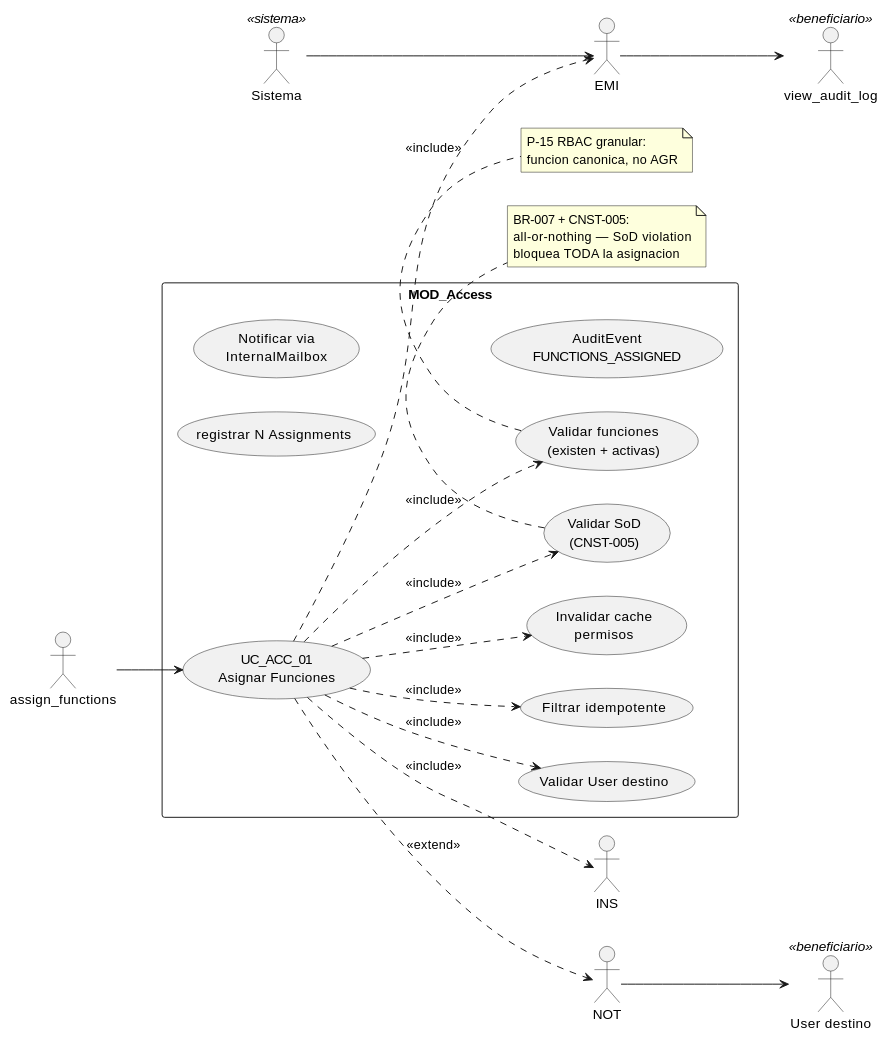
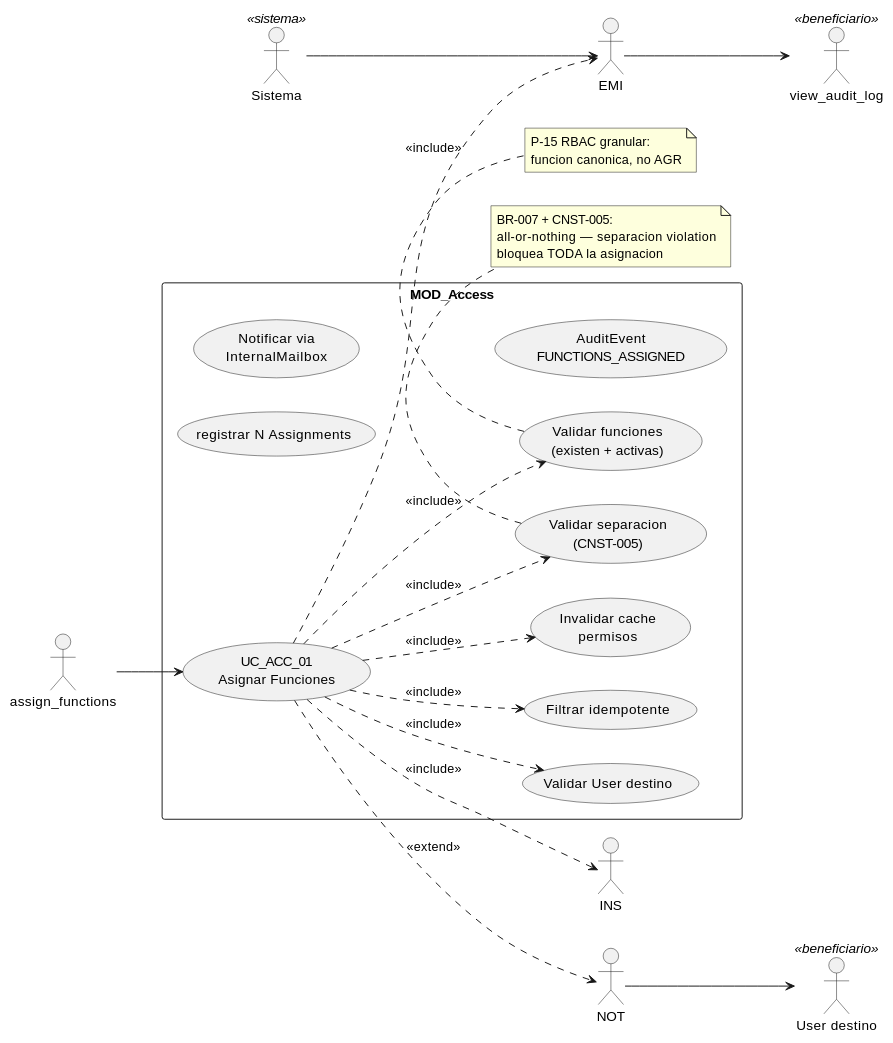
The diagram in source/requisitos/casos-uso/access/uc-acc-01/diagramas-uml/diagrama-de-caso-de-uso.rst (jcg-admin/IACT-docs), drawn with PlantUML before and after one commit. The commit also changed 148 other files, not shown here.

```diff
--- a/source/requisitos/casos-uso/access/uc-acc-01/diagramas-uml/diagrama-de-caso-de-uso.rst
+++ b/source/requisitos/casos-uso/access/uc-acc-01/diagramas-uml/diagrama-de-caso-de-uso.rst
@@ -4,48 +4,48 @@
 .. uml::
  :caption: UC_ACC_01 — actores y casos asociados
 
  @startuml
 
  left to right direction
 
  actor "assign_functions" as INVOKER
  actor "User destino" as TARGET <<beneficiario>>
  actor "view_audit_log" as view_audit_log <<beneficiario>>
  actor "Sistema" as Sistema <<sistema>>
 
  rectangle "MOD_Access" {
    usecase "UC_ACC_01\nAsignar Funciones" as UC_ACC_01
    usecase "Validar User destino" as VALIDAR_USUARIO_DESTINO
    usecase "Validar funciones\n(existen + activas)" as VALIDAR_FUNCIONES
    usecase "Filtrar idempotente" as FILTRO_IDEMPOTENTE
-   usecase "Validar SoD\n(CNST-005)" as VALIDAR_SOD
+   usecase "Validar separacion\n(CNST-005)" as VALIDAR_SEPARATION_RULES
    usecase "registrar N Assignments" as RegistrarDatos
    usecase "Invalidar cache\npermisos" as CACHE_PERMISOS
    usecase "Notificar via\nInternalMailbox" as NotificacionMailbox
    usecase "AuditEvent\nFUNCTIONS_ASSIGNED" as AuditEmitter
  }
 
  INVOKER --> UC_ACC_01
  UC_ACC_01 ..> VALIDAR_USUARIO_DESTINO : <<include>>
  UC_ACC_01 ..> VALIDAR_FUNCIONES : <<include>>
  UC_ACC_01 ..> FILTRO_IDEMPOTENTE : <<include>>
- UC_ACC_01 ..> VALIDAR_SOD : <<include>>
+ UC_ACC_01 ..> VALIDAR_SEPARATION_RULES : <<include>>
  UC_ACC_01 ..> INS : <<include>>
  UC_ACC_01 ..> CACHE_PERMISOS : <<include>>
  UC_ACC_01 ..> NOT : <<extend>>
  UC_ACC_01 ..> EMI : <<include>>
  NOT --> TARGET
  Sistema --> EMI
  EMI --> view_audit_log
 
- note bottom of VALIDAR_SOD
+ note bottom of VALIDAR_SEPARATION_RULES
    BR-007 + CNST-005:
-   all-or-nothing — SoD violation
+   all-or-nothing — separacion violation
    bloquea TODA la asignacion
  end note
  note bottom of VALIDAR_FUNCIONES
    P-15 RBAC granular:
    funcion canonica, no AGR
  end note
 
  @enduml
```
